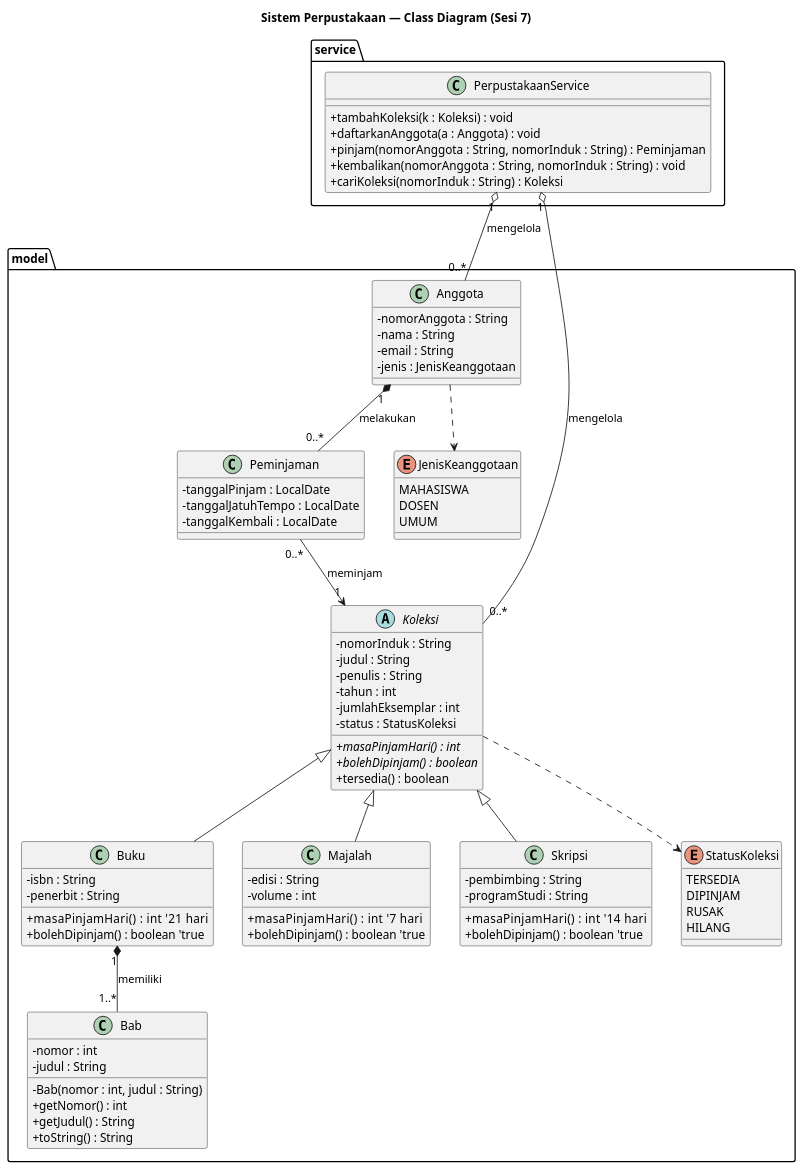
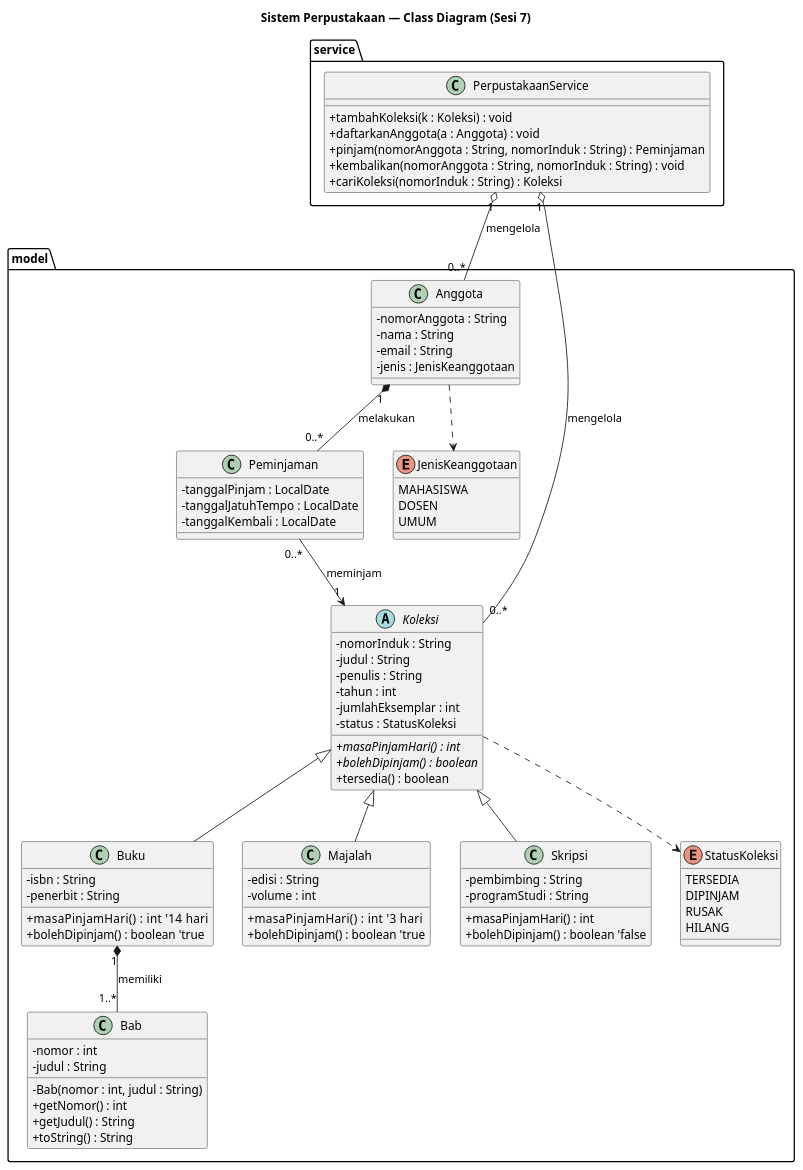
One commit to anravencroft/Praktikum-PBO-A-Azzahra_N-4525210118 changed the diagram in Pertemuan7/07-pemodelan-relasi-objek-dan-uml/starter/uml/perpustakaan-kerangka.puml. Above: the diagram before and after it, drawn with PlantUML.

Commit message:
Add analysis section for TODO 6 puml

```diff
--- a/Pertemuan7/07-pemodelan-relasi-objek-dan-uml/starter/uml/perpustakaan-kerangka.puml
+++ b/Pertemuan7/07-pemodelan-relasi-objek-dan-uml/starter/uml/perpustakaan-kerangka.puml
@@ -1,129 +1,129 @@
 @startuml perpustakaan-class
 title Sistem Perpustakaan — Class Diagram (Sesi 7)
 
 skinparam classAttributeIconSize 0
 skinparam shadowing false
 
 ' ─────────────────────────────────────────────────────────────
 ' KERANGKA. Lengkapi setiap bagian bertanda TODO.
 ' Setiap kelas di sini harus ada di kode Anda, dan sebaliknya.
 ' ─────────────────────────────────────────────────────────────
 
 package model {
 
   abstract class Koleksi {
     - nomorInduk : String
     - judul : String
     - penulis : String
     - tahun : int
     - jumlahEksemplar : int
     - status : StatusKoleksi
     + {abstract} masaPinjamHari() : int
     + {abstract} bolehDipinjam() : boolean
     + tersedia() : boolean 
   }
 
   ' TODO 1: tambahkan tiga turunan Koleksi — Buku, Majalah, Skripsi.
   '         Perhatikan masa pinjam masing-masing.
   class Buku {
     - isbn : String
     - penerbit : String
-    + masaPinjamHari() : int    '21 hari
+    + masaPinjamHari() : int    '14 hari
     + bolehDipinjam() : boolean 'true
   }
 
   class Majalah {
     - edisi : String
     - volume : int
-    + masaPinjamHari() : int    '7 hari
+    + masaPinjamHari() : int    '3 hari
     + bolehDipinjam() : boolean 'true
   }
 
   class Skripsi {
     - pembimbing : String
     - programStudi : String
-    + masaPinjamHari() : int    '14 hari
-    + bolehDipinjam() : boolean 'true
+    + masaPinjamHari() : int    
+    + bolehDipinjam() : boolean 'false
   }
 
   class Bab {
     - nomor : int
     - judul : String
     - Bab(nomor : int, judul : String)
     + getNomor() : int
     + getJudul() : String
     + toString() : String
   }
 
   ' TODO 2: tambahkan kelas Anggota dan Peminjaman beserta atributnya.
   class Anggota {
     - nomorAnggota : String
     - nama : String
     - email : String
     - jenis : JenisKeanggotaan
   }
 
   class Peminjaman {
     - tanggalPinjam : LocalDate
     - tanggalJatuhTempo : LocalDate
     - tanggalKembali : LocalDate
   }
 
   ' TODO 3: tambahkan enum StatusKoleksi dan enum/kelas JenisKeanggotaan.
 
   enum StatusKoleksi {
     TERSEDIA
     DIPINJAM
     RUSAK
     HILANG
   }
 
   enum JenisKeanggotaan {
     MAHASISWA
     DOSEN
     UMUM
   }
 
   ' ── RELASI ───────────────────────────────────────────────
   ' TODO 4: lengkapi relasi berikut. Untuk setiap relasi, tentukan
   '         derajat keterikatannya DAN tulis multiplicity di kedua ujung.
   '
   '   Notasi:  *--  komposisi   o--  agregasi   -->  asosiasi   ..>  dependensi
   '
   ' Buku ? Bab                 -> pikirkan: bab bisa hidup tanpa buku?
   ' Anggota ? Peminjaman       -> pikirkan: peminjaman bisa hidup tanpa anggota?
   ' Peminjaman ? Koleksi       -> pikirkan: koleksi bisa hidup tanpa peminjaman?
 
   Koleksi <|-- Buku
   Koleksi <|-- Majalah
   Koleksi <|-- Skripsi
 
   Buku "1" *-- "1..*" Bab : memiliki
 
   Anggota "1" *-- "0..*" Peminjaman : melakukan
 
   Peminjaman "0..*" --> "1" Koleksi : meminjam
 
   Koleksi ..> StatusKoleksi
   Anggota ..> JenisKeanggotaan
 
   ' TODO 5: relasi ini SALAH. Perbaiki.
 
 }
 
 package service {
   class PerpustakaanService {
     + tambahKoleksi(k : Koleksi) : void
     + daftarkanAnggota(a : Anggota) : void
     + pinjam(nomorAnggota : String, nomorInduk : String) : Peminjaman
     + kembalikan(nomorAnggota : String, nomorInduk : String) : void
     + cariKoleksi(nomorInduk : String) : Koleksi
   }
 
   ' TODO 6: tambahkan relasi antara PerpustakaanService dengan Koleksi
   '         dan Anggota. Agregasi atau komposisi? Beri alasannya di analisis.md.
   PerpustakaanService "1" o-- "0..*" Koleksi : mengelola
   PerpustakaanService "1" o-- "0..*" Anggota : mengelola
 }
 
 @enduml
```
